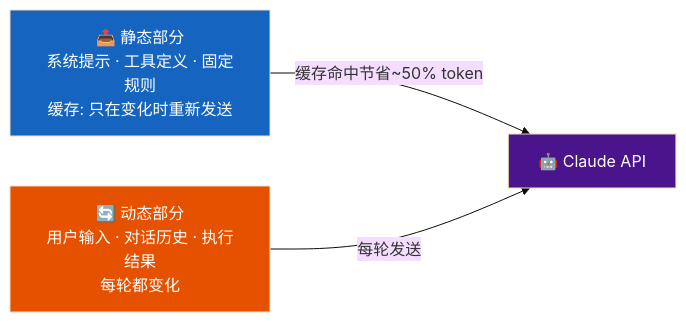
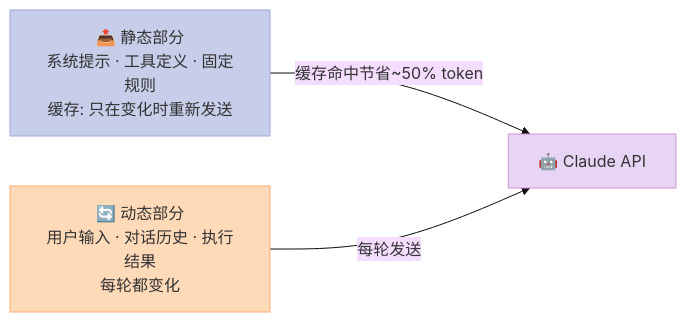
One commit to xuqi2024/xuqi2024.github.io changed the third of 3 diagrams in _posts/2026-04-15-claude-code-source-analysis.md. Above: the diagram before and after it, drawn with Mermaid (base theme). The commit also changed other lines of this file and 2 other files, not shown here.

````diff
--- a/_posts/2026-04-15-claude-code-source-analysis.md
+++ b/_posts/2026-04-15-claude-code-source-analysis.md
@@ -281,13 +281,13 @@
 ```mermaid
 graph LR
     PS["📤 静态部分\n系统提示 · 工具定义 · 固定规则\n缓存: 只在变化时重新发送"]
     PD["🔄 动态部分\n用户输入 · 对话历史 · 执行结果\n每轮都变化"]
     API["🤖 Claude API"]
 
     PS -->|"缓存命中节省~50% token"| API
     PD -->|"每轮发送"| API
 
-    style PS fill:#1565C0,color:#fff
-    style PD fill:#E65100,color:#fff
-    style API fill:#4A148C,color:#fff
+    style PS fill:#C7CEEA,stroke:#9FA8DA,color:#333
+    style PD fill:#FFDAB9,stroke:#FFAB76,color:#333
+    style API fill:#E8D5F5,stroke:#CE93D8,color:#333
 ```
````
